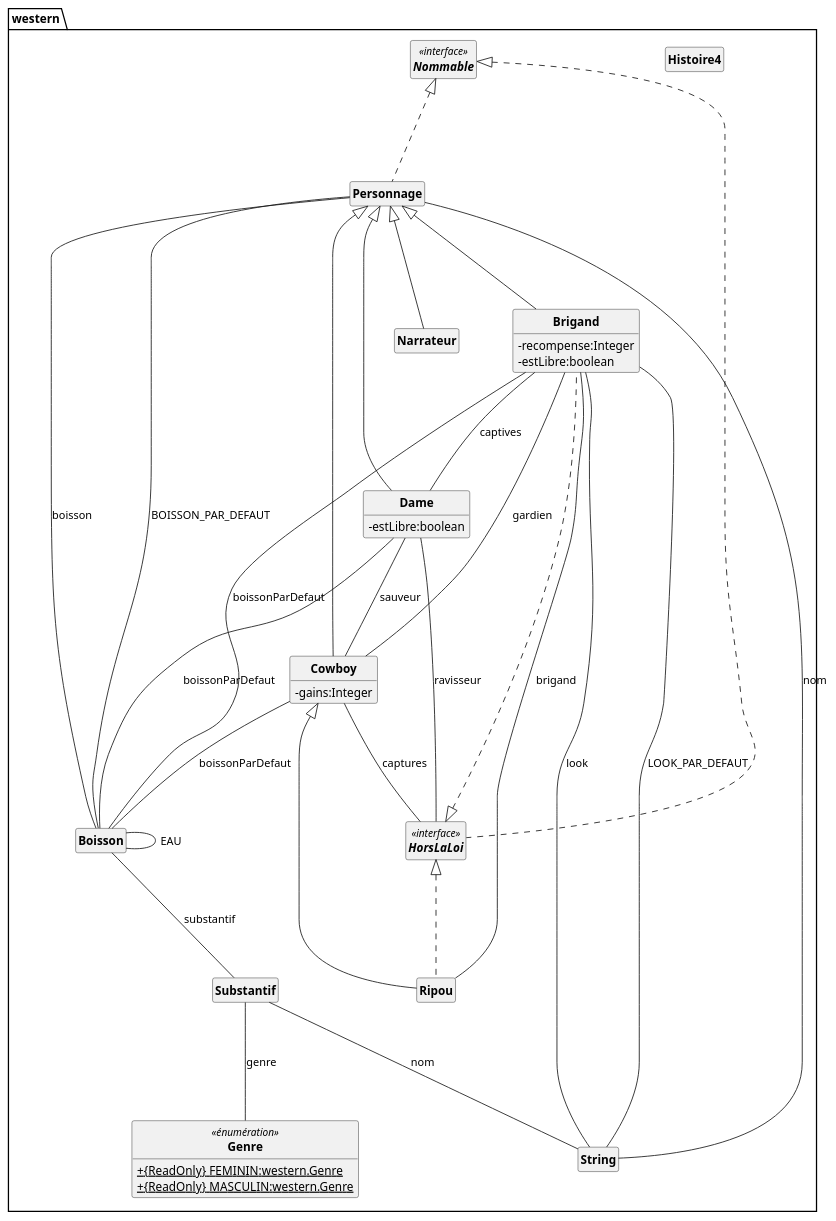
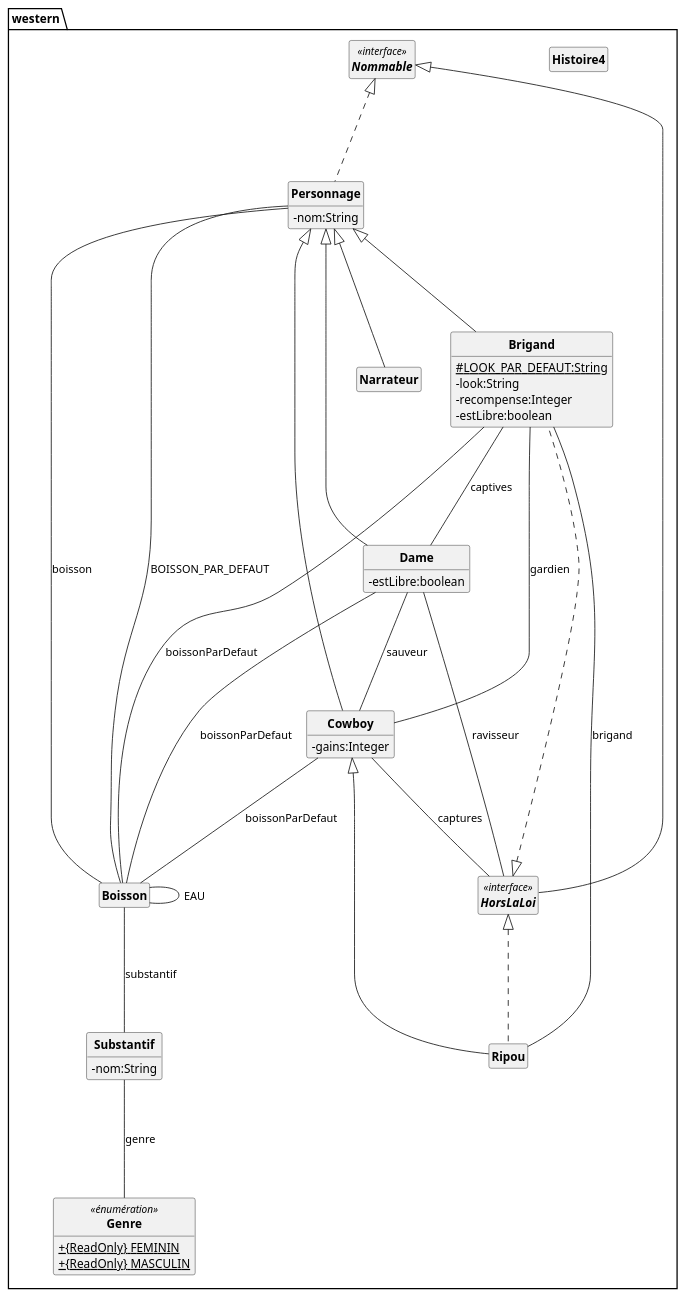
Before and after one commit to Spidermatou/GeneratorUMLFromJava: the diagram in DiagrammeGenere.puml, drawn with PlantUML. The commit also changed 1 other file, not shown here.

```diff
--- a/DiagrammeGenere.puml
+++ b/DiagrammeGenere.puml
@@ -1,118 +1,114 @@
 @startuml
 skinparam classAttributeIconSize 0
 skinparam classFontStyle Bold
 skinparam style strictuml
 hide empty members
 
 package western
 {
 CLASS Brigand
 {
+# {static} LOOK_PAR_DEFAUT:String
+- look:String
 - recompense:Integer 
 - estLibre:boolean 
 
 }
 CLASS Ripou
 {
 
 }
 CLASS Substantif
 {
+- nom:String
 
 }
 CLASS Histoire4
 {
 
 }
 INTERFACE Nommable<<interface>>
 {
 
 }
 CLASS Dame
 {
 - estLibre:boolean 
 
 }
 CLASS Personnage
 {
+- nom:String
 
 }
 CLASS Cowboy
 {
 - gains:Integer 
 
 }
 INTERFACE HorsLaLoi<<interface>>
 {
 
 }
 ENUM Genre<<énumération>>
 {
-+ {static} {ReadOnly} FEMININ:western.Genre 
-+ {static} {ReadOnly} MASCULIN:western.Genre 
++ {static} {ReadOnly} FEMININ
++ {static} {ReadOnly} MASCULIN
 
 }
 CLASS Boisson
 {
 
 }
 CLASS Narrateur
 {
 
 }
 
 HorsLaLoi <|... Brigand
 
 HorsLaLoi <|... Ripou
 
 Nommable <|... Personnage
 
-Nommable <|... HorsLaLoi
+Nommable <|-- HorsLaLoi
 
 Personnage <|--- Brigand
 
 Cowboy <|--- Ripou
 
 Personnage <|--- Dame
 
 Personnage <|--- Cowboy
 
 Personnage <|--- Narrateur
 
-Brigand --- String : LOOK_PAR_DEFAUT
-
-Brigand --- String : look
-
 Brigand --- Dame : captives
 
 Brigand --- Cowboy : gardien
 
 Brigand --- Boisson : boissonParDefaut
 
 Ripou --- Brigand : brigand
-
-Substantif --- String : nom
 
 Substantif --- Genre : genre
 
 Dame --- Cowboy : sauveur
 
 Dame --- HorsLaLoi : ravisseur
 
 Dame --- Boisson : boissonParDefaut
 
 Personnage --- Boisson : BOISSON_PAR_DEFAUT
-
-Personnage --- String : nom
 
 Personnage --- Boisson : boisson
 
 Cowboy --- HorsLaLoi : captures
 
 Cowboy --- Boisson : boissonParDefaut
 
 Boisson --- Substantif : substantif
 
 Boisson --- Boisson : EAU
 }
 @enduml
```
